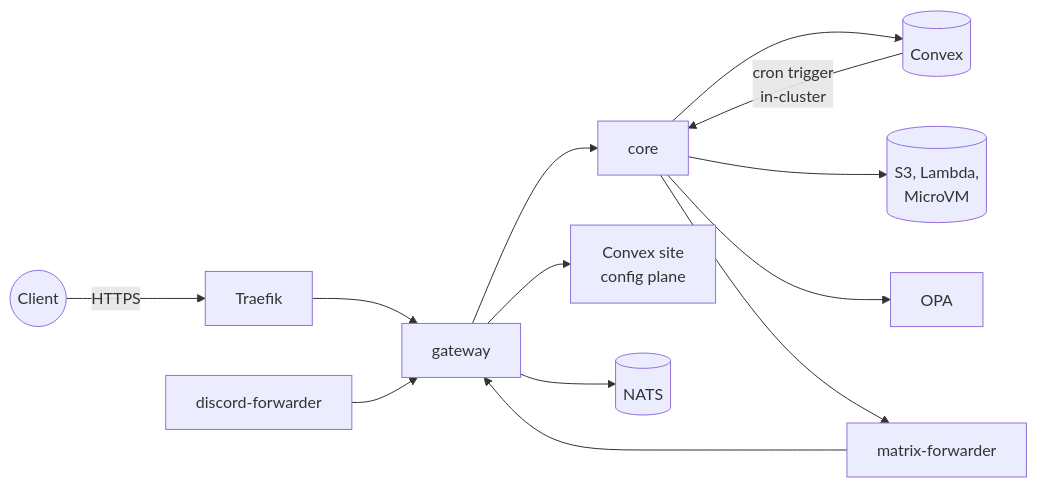
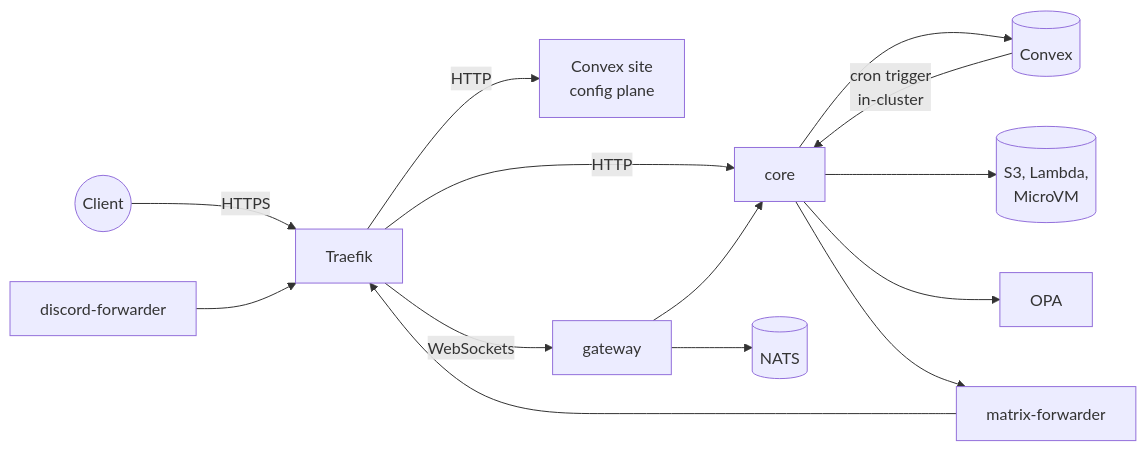
The first of 2 diagrams in apps/docs/docs/internals/operations.md (beeblastco/broods), drawn with Mermaid before and after one commit. The commit also changed other lines of this file and 33 other files, not shown here.

````diff
--- a/apps/docs/docs/internals/operations.md
+++ b/apps/docs/docs/internals/operations.md
@@ -21,15 +21,16 @@
 ```mermaid
 flowchart LR
   Client((Client)) -->|HTTPS| Ingress[Traefik]
-  Ingress --> Gateway[gateway]
-  Gateway --> Core[core]
-  Gateway --> ConvexSite["Convex site<br/>config plane"]
+  Ingress -->|HTTP| Core[core]
+  Ingress -->|HTTP| ConvexSite["Convex site<br/>config plane"]
+  Ingress -->|WebSockets| Gateway[gateway]
+  Gateway --> Core
   Gateway --> NATS[(NATS)]
   Core --> Convex[(Convex)]
   Core --> AWS[("S3, Lambda,<br/>MicroVM")]
   Core --> OPA[OPA]
   Convex -->|"cron trigger<br/>in-cluster"| Core
-  DFwd[discord-forwarder] --> Gateway
-  MFwd[matrix-forwarder] --> Gateway
+  DFwd[discord-forwarder] --> Ingress
+  MFwd[matrix-forwarder] --> Ingress
   Core --> MFwd
 ```
````
